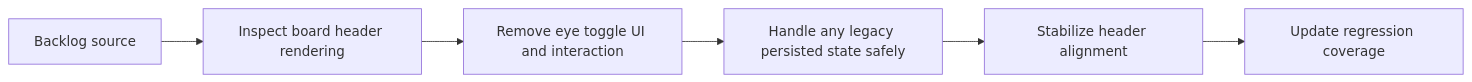
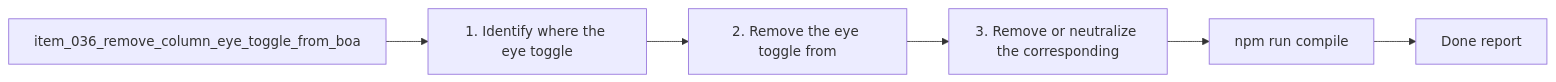
Before and after one commit to AlexAgo83/logics-manager: the diagram in logics/tasks/task_030_remove_column_eye_toggle_from_board.md, drawn with Mermaid. The commit also changed other lines of this file and 481 other files, not shown here.

````diff
--- a/logics/tasks/task_030_remove_column_eye_toggle_from_board.md
+++ b/logics/tasks/task_030_remove_column_eye_toggle_from_board.md
@@ -16,9 +17,10 @@
 ```mermaid
+%% logics-kind: task
 %% logics-signature: task|remove-the-eye-toggle-from-board-columns|item-036-remove-column-eye-toggle-from-b|1-identify-where-the-eye-toggle|npm-run-compile
 flowchart LR
-    Backlog[Backlog source] --> Header[Inspect board header rendering]
-    Header --> Remove[Remove eye toggle UI and interaction]
-    Remove --> State[Handle any legacy persisted state safely]
-    State --> Layout[Stabilize header alignment]
-    Layout --> Tests[Update regression coverage]
+    Backlog[item_036_remove_column_eye_toggle_from_boa] --> Step1[1. Identify where the eye toggle]
+    Step1 --> Step2[2. Remove the eye toggle from]
+    Step2 --> Step3[3. Remove or neutralize the corresponding]
+    Step3 --> Validation[npm run compile]
+    Validation --> Report[Done report]
 ```
````
